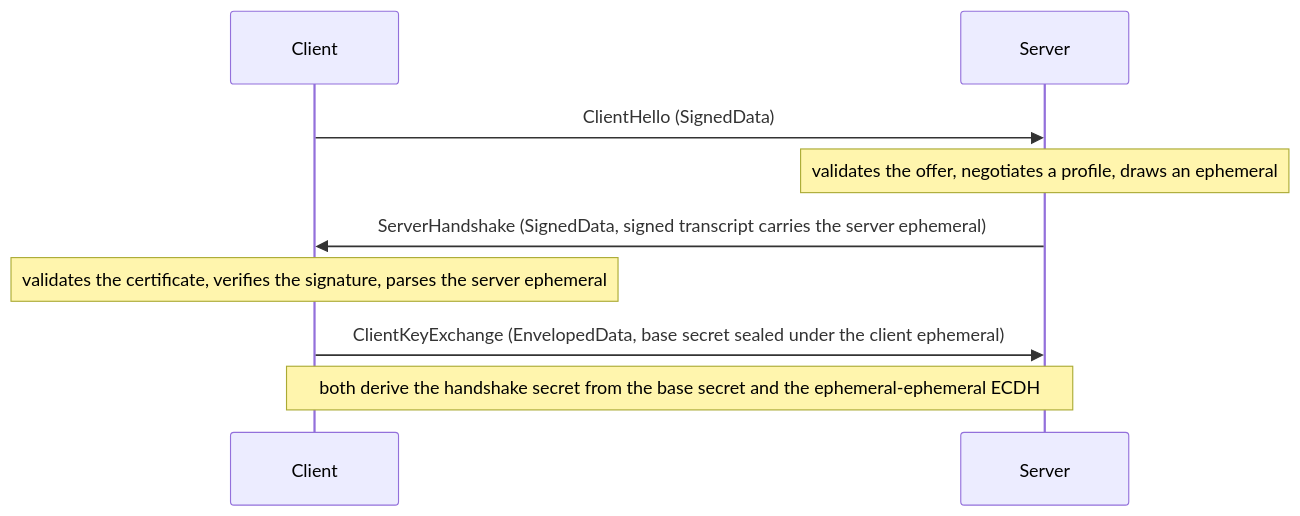
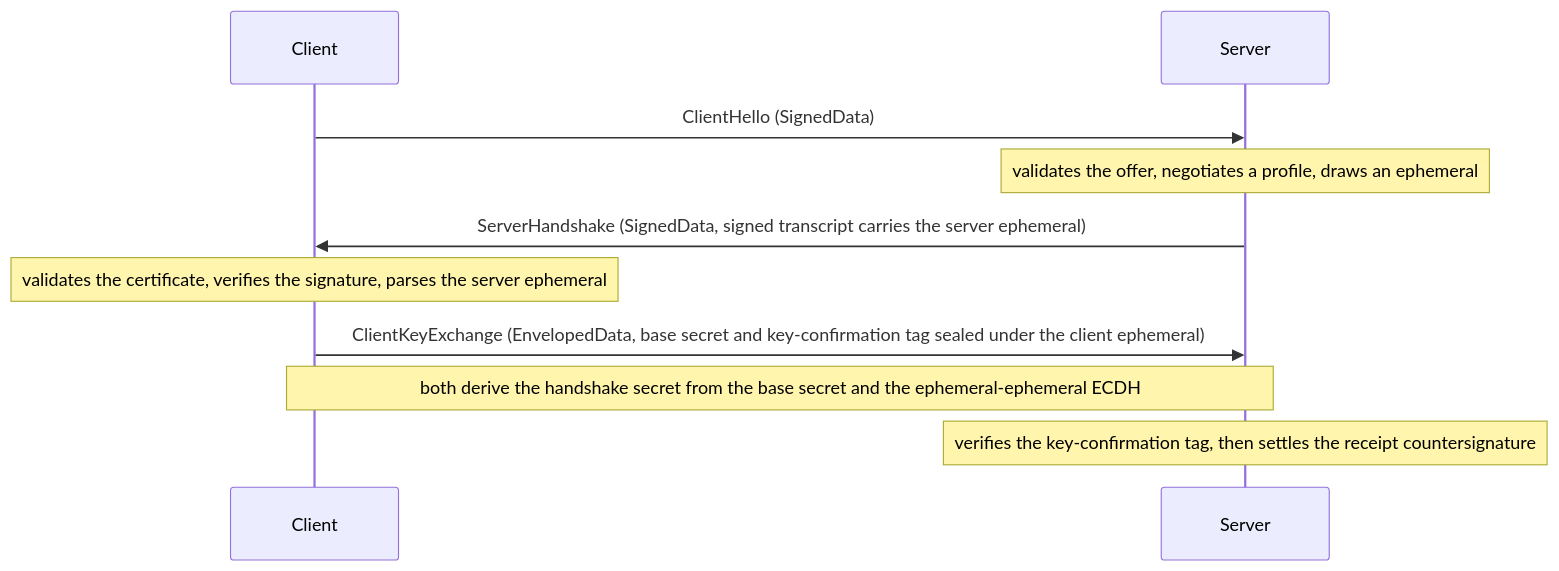
Before and after one commit to wahidgroup/tightbeam: the second of 6 diagrams in docs/handshake.md, drawn with Mermaid. The commit also changed other lines of this file and 74 other files, not shown here.

Commit message:
fix!: fresh ECDH per rekey, key confirmation

````diff
--- a/docs/handshake.md
+++ b/docs/handshake.md
@@ -100,11 +100,12 @@
 ```mermaid
 sequenceDiagram
     participant C as Client
     participant S as Server
     C->>S: ClientHello (SignedData)
     Note over S: validates the offer, negotiates a profile, draws an ephemeral
     S->>C: ServerHandshake (SignedData, signed transcript carries the server ephemeral)
     Note over C: validates the certificate, verifies the signature, parses the server ephemeral
-    C->>S: ClientKeyExchange (EnvelopedData, base secret sealed under the client ephemeral)
+    C->>S: ClientKeyExchange (EnvelopedData, base secret and key-confirmation tag sealed under the client ephemeral)
     Note over C,S: both derive the handshake secret from the base secret and the ephemeral-ephemeral ECDH
+    Note over S: verifies the key-confirmation tag, then settles the receipt countersignature
 ```
````
